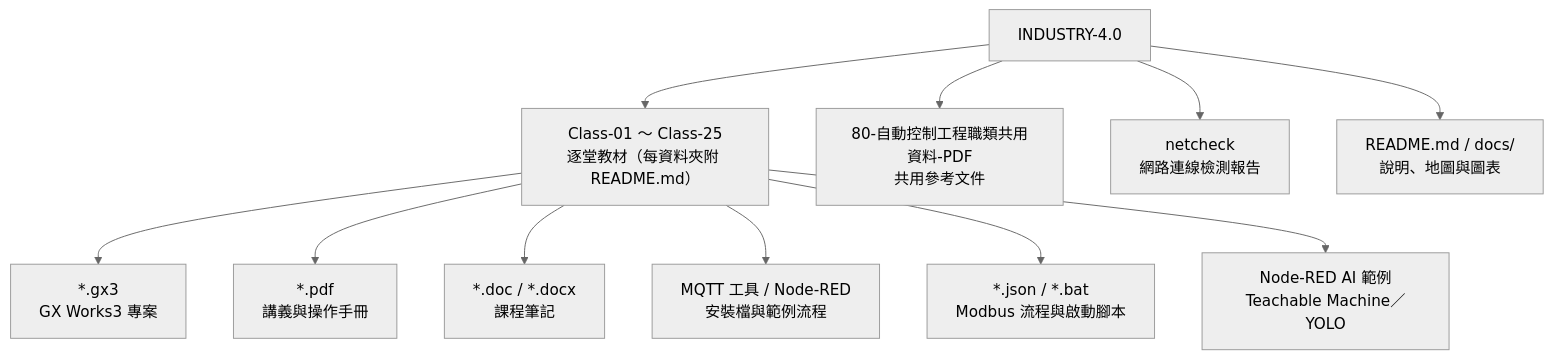
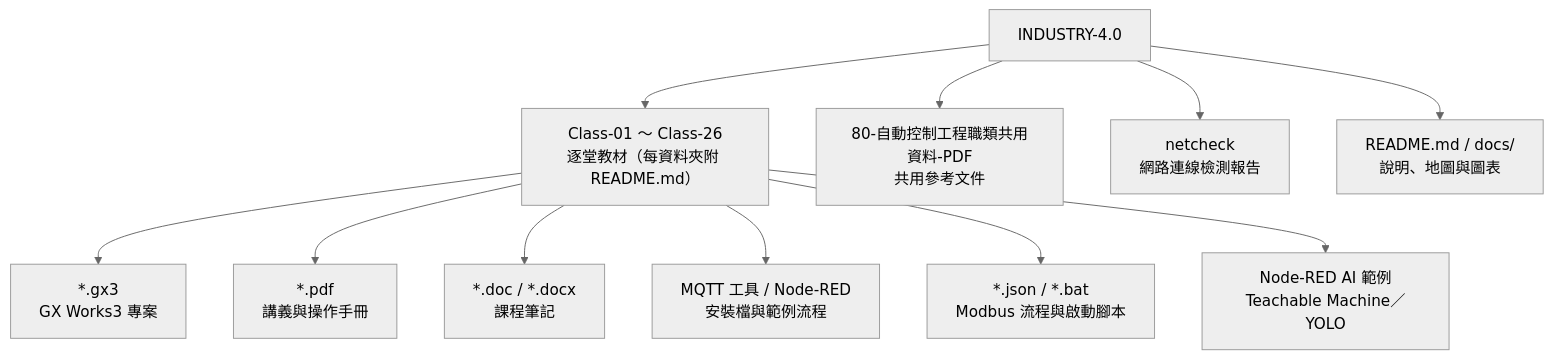
One commit to yd7148/INDUSTRY-4.0 changed the second of 6 diagrams in README.md. Above: the diagram before and after it, drawn with Mermaid (neutral theme). The commit also changed other lines of this file and 4 other files, not shown here.

Commit message:
Sync docs for Class-26 (26 classes, 27 videos, timeline and SVG)

````diff
--- a/README.md
+++ b/README.md
@@ -42,14 +42,14 @@
 ```mermaid
 flowchart TB
-    REPO["INDUSTRY-4.0"] --> CLS["Class-01 ～ Class-25<br/>逐堂教材（每資料夾附 README.md）"]
+    REPO["INDUSTRY-4.0"] --> CLS["Class-01 ～ Class-26<br/>逐堂教材（每資料夾附 README.md）"]
     REPO --> LIB["80-自動控制工程職類共用資料-PDF<br/>共用參考文件"]
     REPO --> NET["netcheck<br/>網路連線檢測報告"]
     REPO --> DOC["README.md / docs/<br/>說明、地圖與圖表"]
 
     CLS --> GX["*.gx3<br/>GX Works3 專案"]
     CLS --> PDF["*.pdf<br/>講義與操作手冊"]
     CLS --> DOCX["*.doc / *.docx<br/>課程筆記"]
     CLS --> TOOL["MQTT 工具 / Node-RED<br/>安裝檔與範例流程"]
     CLS --> JSON["*.json / *.bat<br/>Modbus 流程與啟動腳本"]
     CLS --> AI["Node-RED AI 範例<br/>Teachable Machine／YOLO"]
 ```
````
